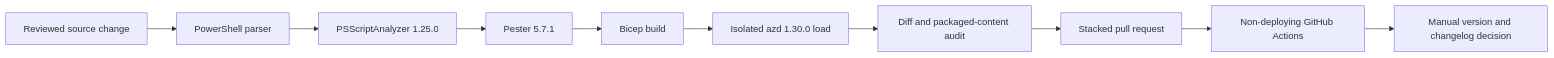
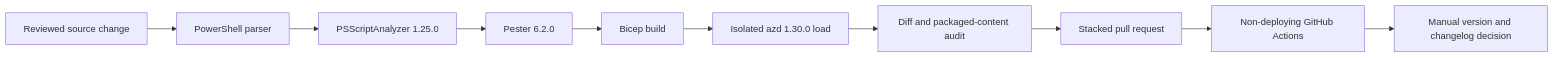
One commit to nathanmcnulty/azd-global-secure-access changed the seventh of 7 diagrams in docs/architecture.md. Above: the diagram before and after it, drawn with Mermaid. The commit also changed 14 other files, not shown here.

````diff
--- a/docs/architecture.md
+++ b/docs/architecture.md
@@ -97,12 +97,12 @@
 ```mermaid
 flowchart LR
   Change[Reviewed source change] --> Parser[PowerShell parser]
   Parser --> Analyzer[PSScriptAnalyzer 1.25.0]
-  Analyzer --> Tests[Pester 5.7.1]
+  Analyzer --> Tests[Pester 6.2.0]
   Tests --> Bicep[Bicep build]
   Bicep --> Azd[Isolated azd 1.30.0 load]
   Azd --> Audit[Diff and packaged-content audit]
   Audit --> PR[Stacked pull request]
   PR --> CI[Non-deploying GitHub Actions]
   CI --> Release[Manual version and changelog decision]
 ```
````
